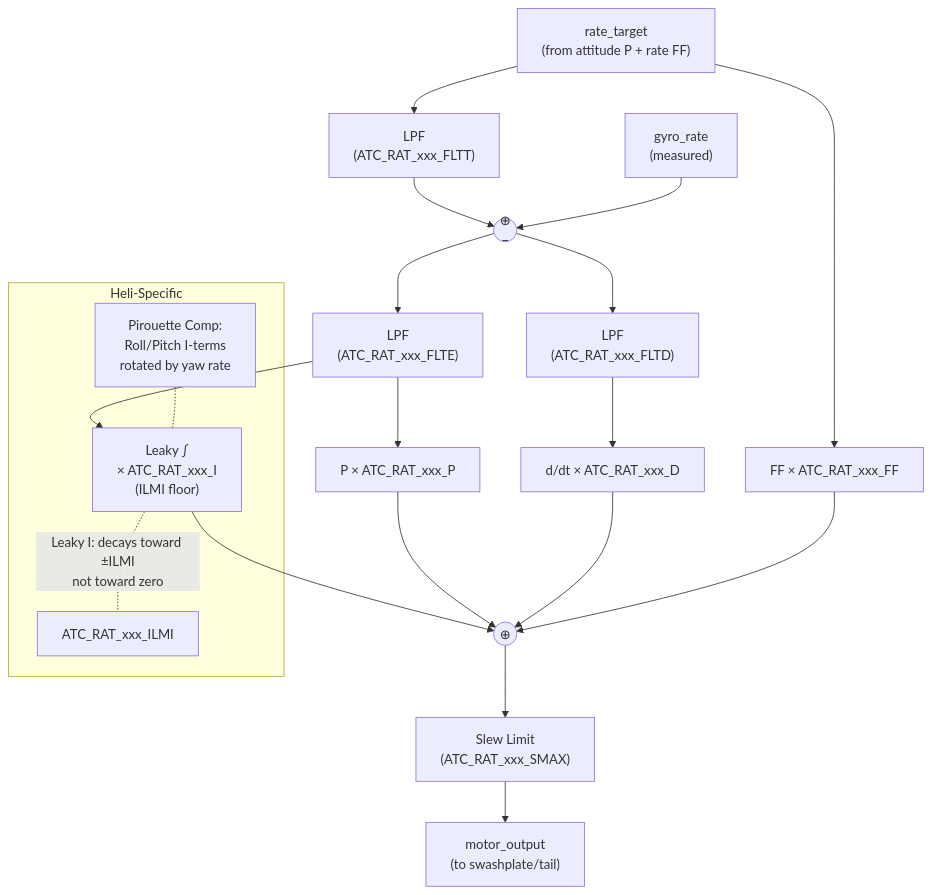
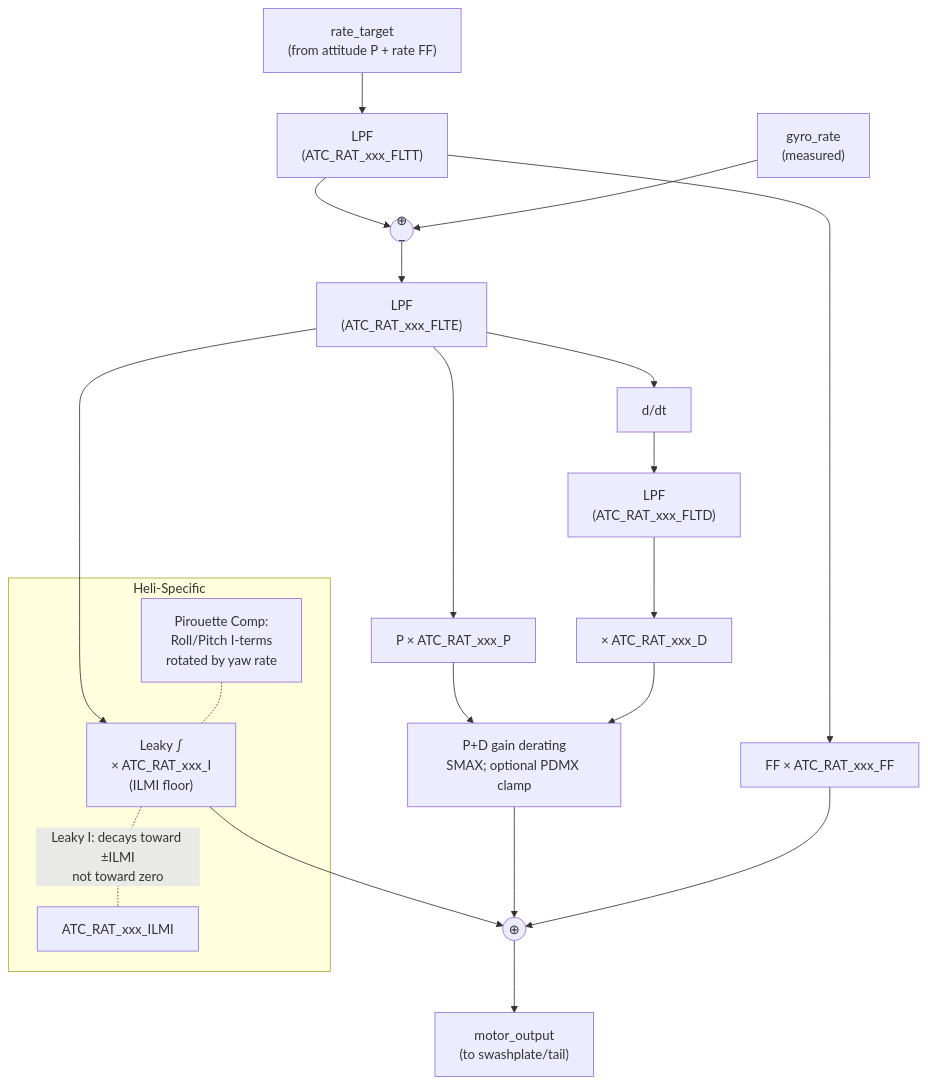
The second of 2 diagrams in design/GUIDED_CONTROL_LOOPS.md (mcroomp/windpower), drawn with Mermaid before and after one commit. The commit also changed other lines of this file and 33 other files, not shown here.

````diff
--- a/design/GUIDED_CONTROL_LOOPS.md
+++ b/design/GUIDED_CONTROL_LOOPS.md
@@ -51,27 +57,28 @@
 ```mermaid
 graph TD
     RT["rate_target<br/>(from attitude P + rate FF)"] --> FLTT["LPF<br/>(ATC_RAT_xxx_FLTT)"]
     FLTT --> ERR(("⊕<br/>−"))
     GYRO["gyro_rate<br/>(measured)"] --> ERR
 
     ERR --> FLTE["LPF<br/>(ATC_RAT_xxx_FLTE)"]
     FLTE --> P["P × ATC_RAT_xxx_P"]
     FLTE --> I["Leaky ∫<br/>× ATC_RAT_xxx_I<br/>(ILMI floor)"]
-    ERR --> FLTD["LPF<br/>(ATC_RAT_xxx_FLTD)"]
-    FLTD --> D["d/dt × ATC_RAT_xxx_D"]
+    FLTE --> DERIV["d/dt"]
+    DERIV --> FLTD["LPF<br/>(ATC_RAT_xxx_FLTD)"]
+    FLTD --> D["× ATC_RAT_xxx_D"]
 
-    RT --> FF["FF × ATC_RAT_xxx_FF"]
+    FLTT --> FF["FF × ATC_RAT_xxx_FF"]
 
-    P --> SUM(("⊕"))
+    P --> PD["P+D gain derating<br/>SMAX; optional PDMX clamp"]
+    D --> PD
+    PD --> SUM(("⊕"))
     I --> SUM
-    D --> SUM
     FF --> SUM
 
-    SUM --> SMAX["Slew Limit<br/>(ATC_RAT_xxx_SMAX)"]
-    SMAX --> OUT["motor_output<br/>(to swashplate/tail)"]
+    SUM --> OUT["motor_output<br/>(to swashplate/tail)"]
 
     subgraph Heli-Specific
         I -.-|"Leaky I: decays toward ±ILMI<br/>not toward zero"| ILMI["ATC_RAT_xxx_ILMI"]
         PIRO["Pirouette Comp:<br/>Roll/Pitch I-terms<br/>rotated by yaw rate"] -.- I
     end
 ```
````
